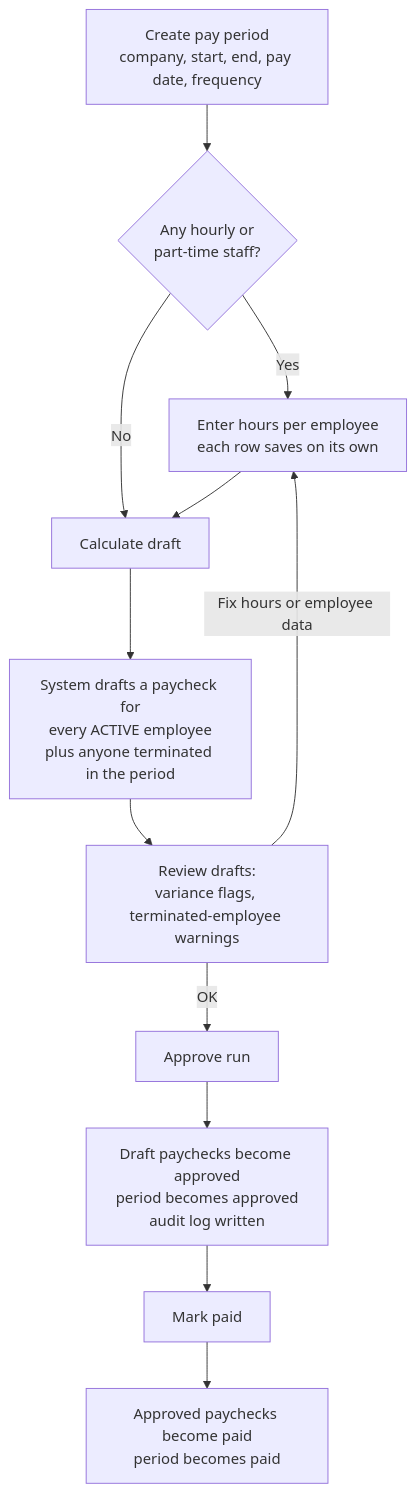
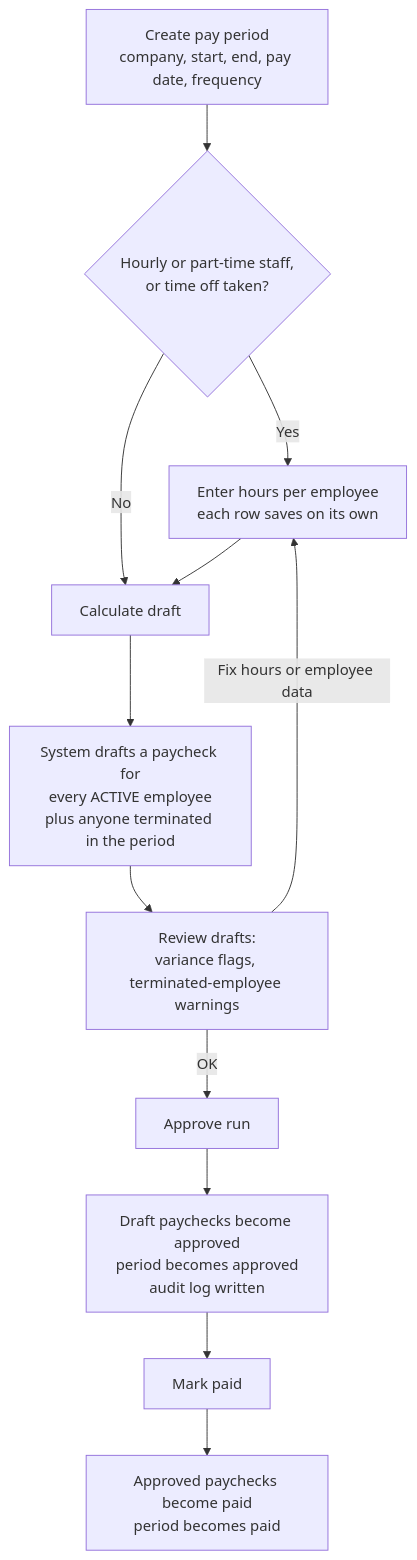
The third of 9 diagrams in docs/PROCESS-FLOW.md (khorjak/vibes-payroll), drawn with Mermaid before and after one commit. The commit also changed other lines of this file and 20 other files, not shown here.

````diff
--- a/docs/PROCESS-FLOW.md
+++ b/docs/PROCESS-FLOW.md
@@ -64,14 +64,14 @@
 ```mermaid
 flowchart TD
-    S1[Create pay period<br/>company, start, end, pay date, frequency] --> S2{Any hourly or<br/>part-time staff?}
+    S1[Create pay period<br/>company, start, end, pay date, frequency] --> S2{Hourly or part-time staff,<br/>or time off taken?}
     S2 -->|Yes| S3[Enter hours per employee<br/>each row saves on its own]
     S2 -->|No| S4
     S3 --> S4[Calculate draft]
     S4 --> S5[System drafts a paycheck for<br/>every ACTIVE employee<br/>plus anyone terminated in the period]
     S5 --> S6[Review drafts:<br/>variance flags, terminated-employee warnings]
     S6 -->|Fix hours or employee data| S3
     S6 -->|OK| S7[Approve run]
     S7 --> S8[Draft paychecks become approved<br/>period becomes approved<br/>audit log written]
     S8 --> S9[Mark paid]
     S9 --> S10[Approved paychecks become paid<br/>period becomes paid]
 ```
````
